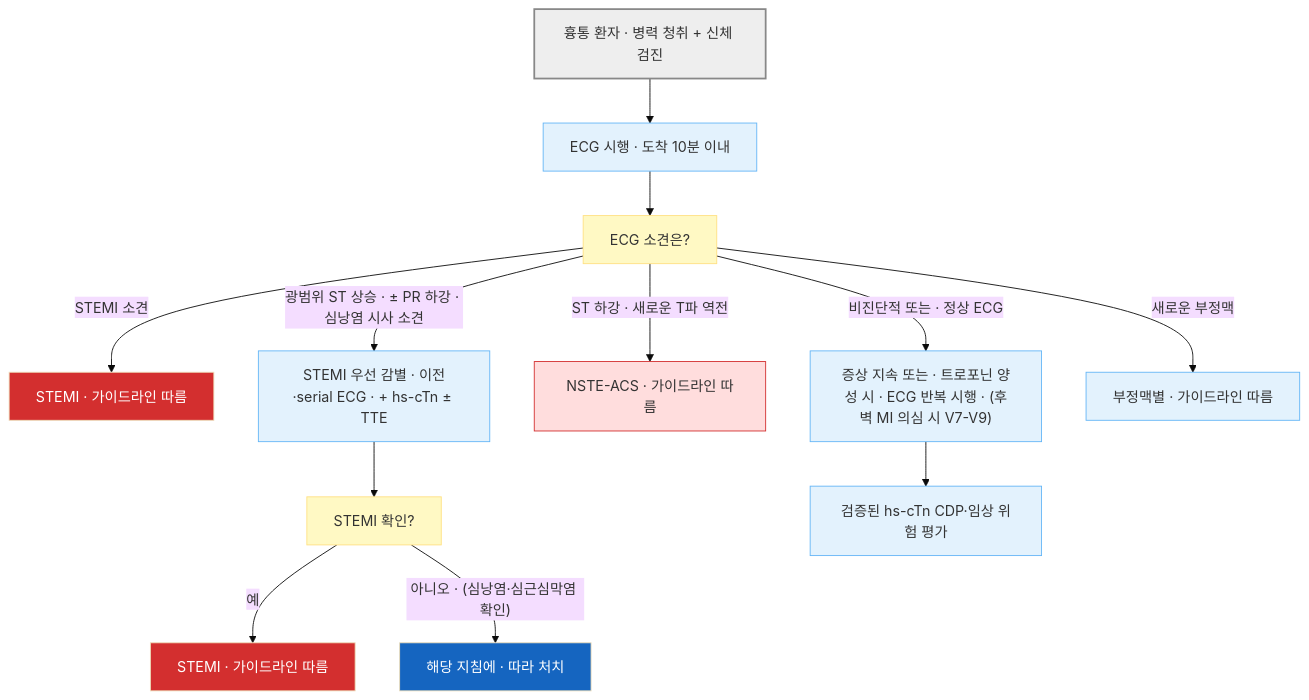
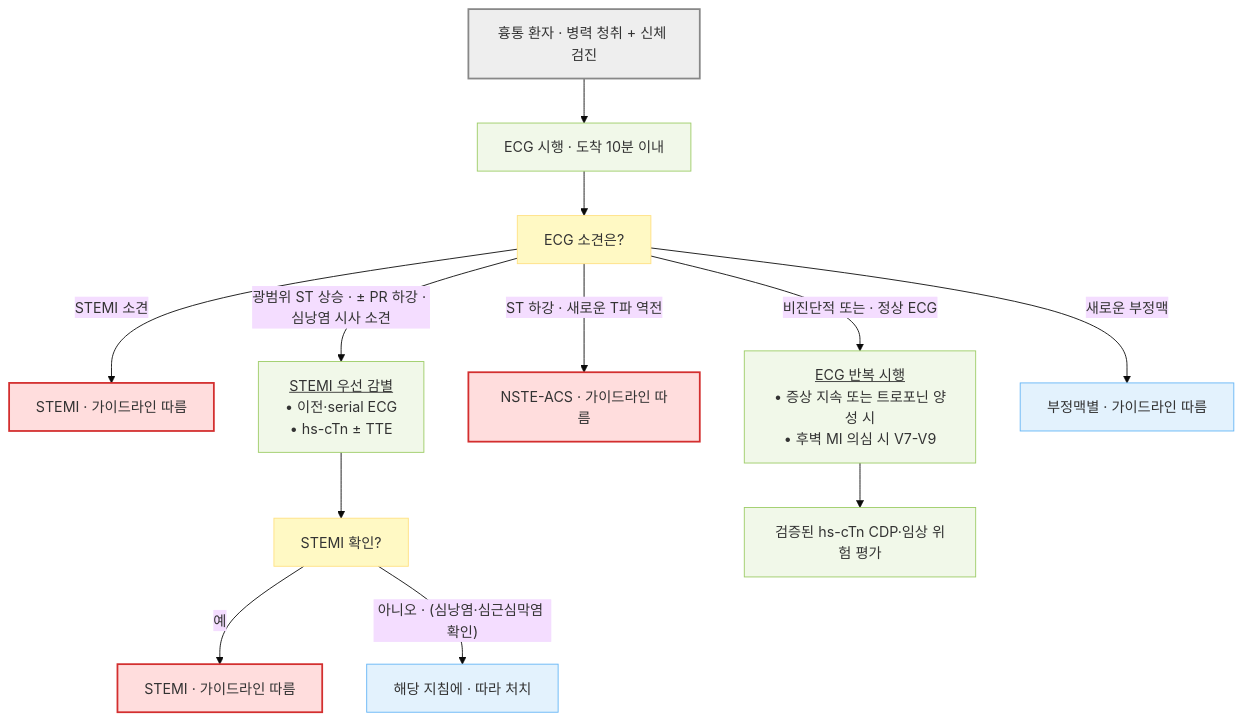
The first of 2 diagrams in 220_/002_-chest-pain.md (familyoh77/familyoh77), drawn with Mermaid (base theme) before and after one commit. The commit also changed other lines of this file and 13 other files, not shown here.

````diff
--- a/220_/002_-chest-pain.md
+++ b/220_/002_-chest-pain.md
@@ -130,27 +130,25 @@
 ```mermaid
 flowchart TD
     A["흉통 환자 · 병력 청취 + 신체 검진"] --> B["ECG 시행 · 도착 10분 이내"]
     B --> C["ECG 소견은?"]
     C -- "STEMI 소견" --> N["STEMI · 가이드라인 따름"]
-    C -- "광범위 ST 상승 · ± PR 하강 · 심낭염 시사 소견" --> G["`STEMI 우선 감별 · 이전·serial ECG · + hs-cTn ± TTE`"]
+    C -- "광범위 ST 상승 · ± PR 하강 · 심낭염 시사 소견" --> G["<u>STEMI 우선 감별</u><br/>• 이전·serial ECG<br/>• hs-cTn ± TTE"]
     C -- "ST 하강 · 새로운 T파 역전" --> H["NSTE-ACS · 가이드라인 따름"]
-    C -- "비진단적 또는 · 정상 ECG" --> E["`증상 지속 또는 · 트로포닌 양성 시 · ECG 반복 시행 · (후벽 MI 의심 시 V7-V9)`"]
+    C -- "비진단적 또는 · 정상 ECG" --> E["<u>ECG 반복 시행</u><br/>• 증상 지속 또는 트로포닌 양성 시<br/>• 후벽 MI 의심 시 V7-V9"]
     C -- "새로운 부정맥" --> M["부정맥별 · 가이드라인 따름"]
     G --> Q["STEMI 확인?"]
     Q -- "예" --> N1["STEMI · 가이드라인 따름"]
     Q -- "아니오 · (심낭염·심근심막염 확인)" --> P["해당 지침에 · 따라 처치"]
     E --> T["검증된 hs-cTn CDP·임상 위험 평가"]
-    style E fill:#e3f2fd,stroke:#64b5f6
-    style T fill:#e3f2fd,stroke:#64b5f6
-    style B fill:#e3f2fd,stroke:#64b5f6
-    style N fill:#d32f2f,color:#fff
-    style N1 fill:#d32f2f,color:#fff
-    style Q fill:#fff9c4,stroke:#ffe082
-    style C fill:#fff9c4,stroke:#ffe082
-    style H fill:#ffdddd,stroke:#d32f2f
-    style G fill:#e3f2fd,stroke:#64b5f6
-    style P fill:#1565c0,color:#fff
-    style M fill:#e3f2fd,stroke:#64b5f6
 
-    style A fill:#eeeeee,stroke:#888888,stroke-width:2px
+    classDef start fill:#eeeeee,stroke:#888888,stroke-width:2px
+    classDef question fill:#fff9c4,stroke:#ffe082
+    classDef emergency fill:#ffdddd,stroke:#d32f2f,stroke-width:2px
+    classDef evaluation fill:#f1f8e9,stroke:#9ccc65
+    classDef treatment fill:#e3f2fd,stroke:#64b5f6
+    class A start
+    class C,Q question
+    class N,N1,H emergency
+    class B,G,E,T evaluation
+    class P,M treatment
 ```
````
